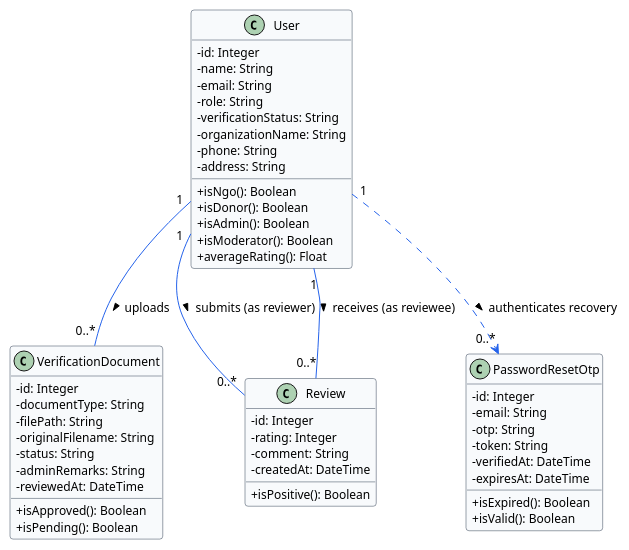
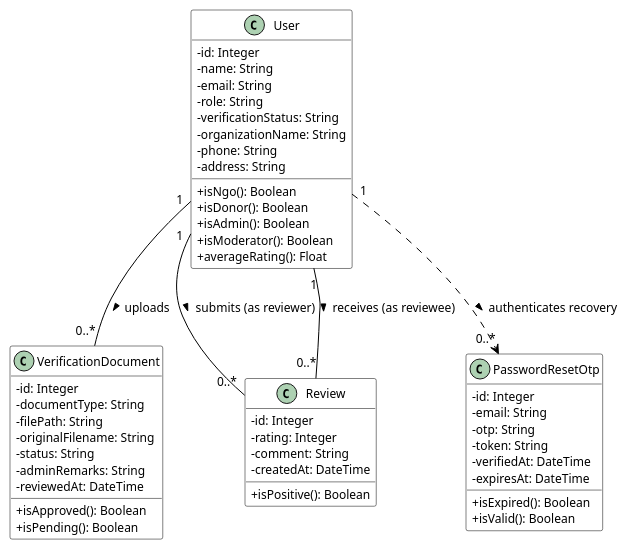
One commit to KunTheNoobie/nutrishare changed the first of 2 diagrams in REPORT_MODULE_2_CHEON_JIE_HAN.md. Above: the diagram before and after it, drawn with PlantUML. The commit also changed other lines of this file, not shown here.

Commit message:
docs: update Module 2 PlantUML diagrams to pure white academic styling

````diff
--- a/REPORT_MODULE_2_CHEON_JIE_HAN.md
+++ b/REPORT_MODULE_2_CHEON_JIE_HAN.md
@@ -205,75 +205,76 @@
 ```plantuml
 @startuml Module_2_Entity_Classes
 
 skinparam classAttributeIconSize 0
 skinparam backgroundColor #FFFFFF
-skinparam roundcorner 6
+skinparam roundcorner 4
 skinparam shadowing false
 skinparam defaultFontName "Segoe UI"
 skinparam defaultFontSize 12
 
 skinparam class {
-    BackgroundColor #F8FAFC
-    BorderColor #334155
-    ArrowColor #2563EB
+    BackgroundColor #FFFFFF
+    BorderColor #000000
+    ArrowColor #000000
+    FontColor #000000
 }
 
 class User {
     - id: Integer
     - name: String
     - email: String
     - role: String
     - verificationStatus: String
     - organizationName: String
     - phone: String
     - address: String
     __
     + isNgo(): Boolean
     + isDonor(): Boolean
     + isAdmin(): Boolean
     + isModerator(): Boolean
     + averageRating(): Float
 }
 
 class VerificationDocument {
     - id: Integer
     - documentType: String
     - filePath: String
     - originalFilename: String
     - status: String
     - adminRemarks: String
     - reviewedAt: DateTime
     __
     + isApproved(): Boolean
     + isPending(): Boolean
 }
 
 class Review {
     - id: Integer
     - rating: Integer
     - comment: String
     - createdAt: DateTime
     __
     + isPositive(): Boolean
 }
 
 class PasswordResetOtp {
     - id: Integer
     - email: String
     - otp: String
     - token: String
     - verifiedAt: DateTime
     - expiresAt: DateTime
     __
     + isExpired(): Boolean
     + isValid(): Boolean
 }
 
 ' Domain Associations
 User "1" -- "0..*" VerificationDocument : uploads >
 User "1" -- "0..*" Review : submits (as reviewer) >
 User "1" -- "0..*" Review : receives (as reviewee) >
 User "1" ..> "0..*" PasswordResetOtp : authenticates recovery >
 
 @enduml
 ```
````
